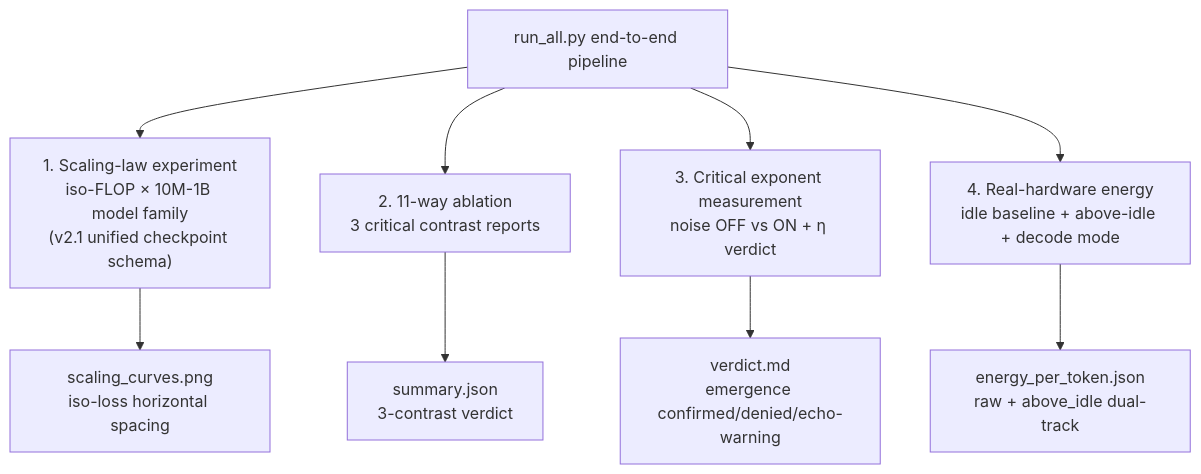
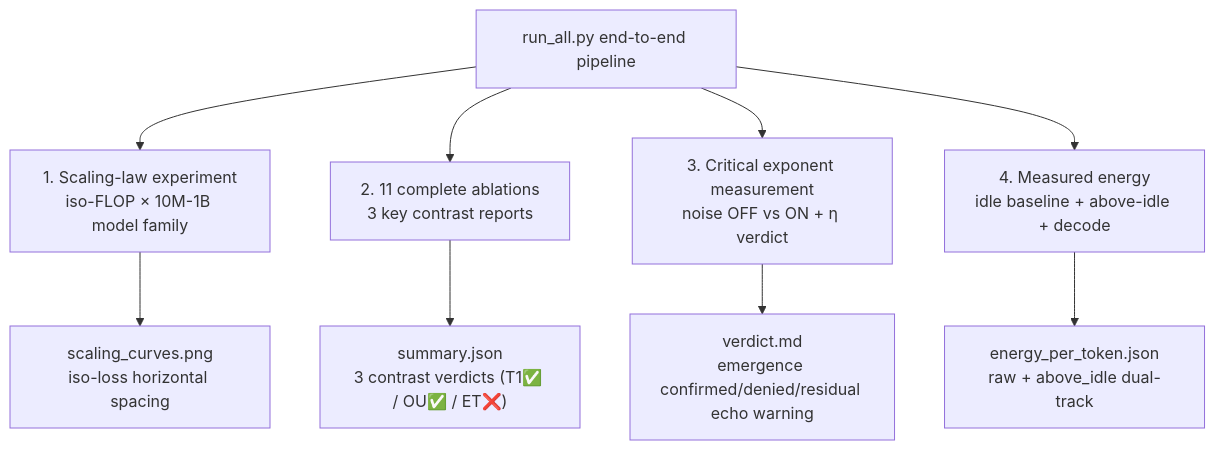
Before and after one commit to gwailee/uid: the diagram in README_en.md, drawn with Mermaid. The commit also changed other lines of this file, not shown here.

````diff
--- a/README_en.md
+++ b/README_en.md
@@ -456,12 +770,12 @@
 ```mermaid
 flowchart TD
-    A["run_all.py end-to-end pipeline"] --> B["1. Scaling-law experiment<br/>iso-FLOP × 10M-1B model family<br/>(v2.1 unified checkpoint schema)"]
-    A --> C["2. 11-way ablation<br/>3 critical contrast reports"]
+    A["run_all.py end-to-end pipeline"] --> B["1. Scaling-law experiment<br/>iso-FLOP × 10M-1B model family"]
+    A --> C["2. 11 complete ablations<br/>3 key contrast reports"]
     A --> D["3. Critical exponent measurement<br/>noise OFF vs ON + η verdict"]
-    A --> E["4. Real-hardware energy<br/>idle baseline + above-idle + decode mode"]
+    A --> E["4. Measured energy<br/>idle baseline + above-idle + decode"]
 
     B --> F["scaling_curves.png<br/>iso-loss horizontal spacing"]
-    C --> G["summary.json<br/>3-contrast verdict"]
-    D --> H["verdict.md<br/>emergence confirmed/denied/echo-warning"]
+    C --> G["summary.json<br/>3 contrast verdicts (T1✅ / OU✅ / ET❌)"]
+    D --> H["verdict.md<br/>emergence confirmed/denied/residual echo warning"]
     E --> I["energy_per_token.json<br/>raw + above_idle dual-track"]
 ```
````
